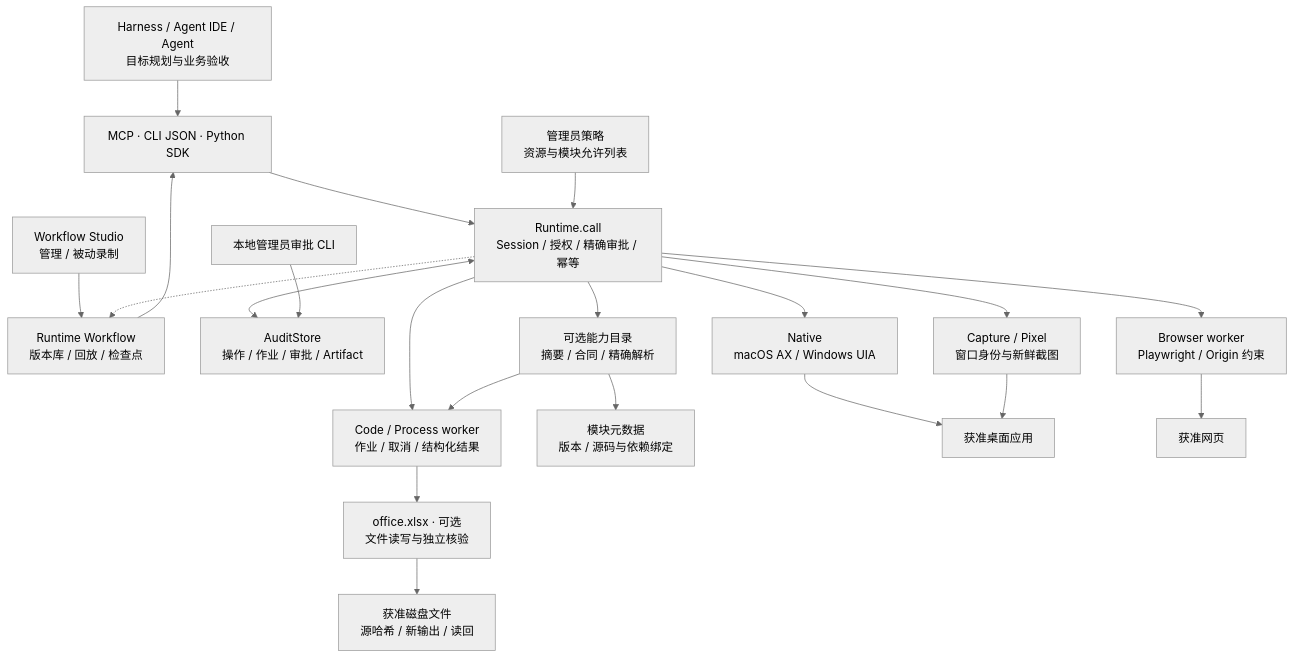
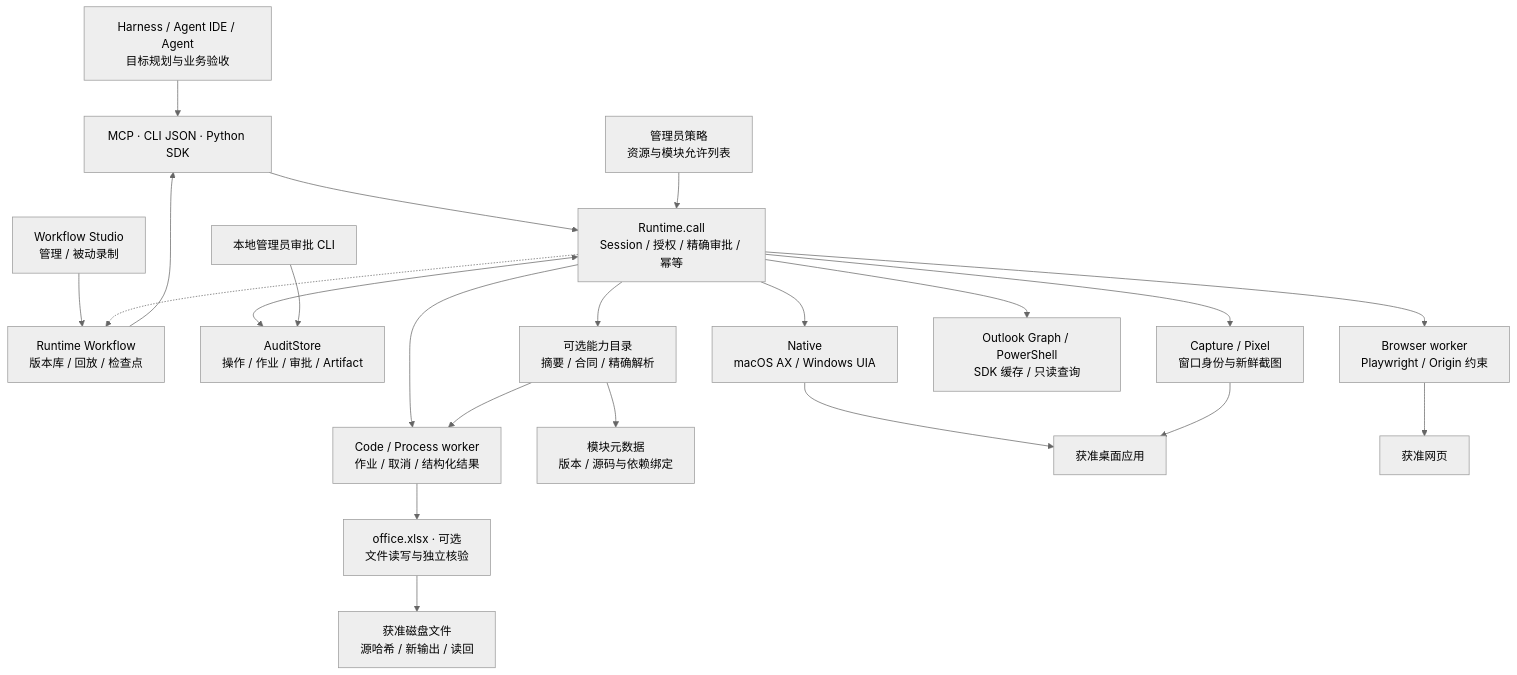
The first of 2 diagrams in wiki/summaries/architecture-map.md (YeohsCode/Bokkio), drawn with Mermaid (neutral theme) before and after one commit. The commit also changed other lines of this file and 61 other files, not shown here.

Commit message:
Add Outlook Graph PowerShell connection and document desktop validation

````diff
--- a/wiki/summaries/architecture-map.md
+++ b/wiki/summaries/architecture-map.md
@@ -17,23 +23,24 @@
 ```mermaid
 flowchart TB
     Caller["Harness / Agent IDE / Agent<br/>目标规划与业务验收"] --> API["MCP · CLI JSON · Python SDK"]
     Studio["Workflow Studio<br/>管理 / 被动录制"] --> WF["Runtime Workflow<br/>版本库 / 回放 / 检查点"]
     WF --> API
     API --> Core["Runtime.call<br/>Session / 授权 / 精确审批 / 幂等"]
     Policy["管理员策略<br/>资源与模块允许列表"] --> Core
     Core <--> Audit["AuditStore<br/>操作 / 作业 / 审批 / Artifact"]
     Admin["本地管理员审批 CLI"] --> Audit
     Core -.-> WF
     Core --> Native["Native<br/>macOS AX / Windows UIA"]
     Core --> Pixel["Capture / Pixel<br/>窗口身份与新鲜截图"]
     Core --> Browser["Browser worker<br/>Playwright / Origin 约束"]
+    Core --> Graph["Outlook Graph / PowerShell<br/>SDK 缓存 / 只读查询"]
     Core --> Jobs["Code / Process worker<br/>作业 / 取消 / 结构化结果"]
     Core --> Registry["可选能力目录<br/>摘要 / 合同 / 精确解析"]
     Registry --> Meta["模块元数据<br/>版本 / 源码与依赖绑定"]
     Registry --> Jobs
     Jobs --> XLSX["office.xlsx · 可选<br/>文件读写与独立核验"]
     Native --> Apps["获准桌面应用"]
     Pixel --> Apps
     Browser --> Web["获准网页"]
     XLSX --> Files["获准磁盘文件<br/>源哈希 / 新输出 / 读回"]
 ```
````
